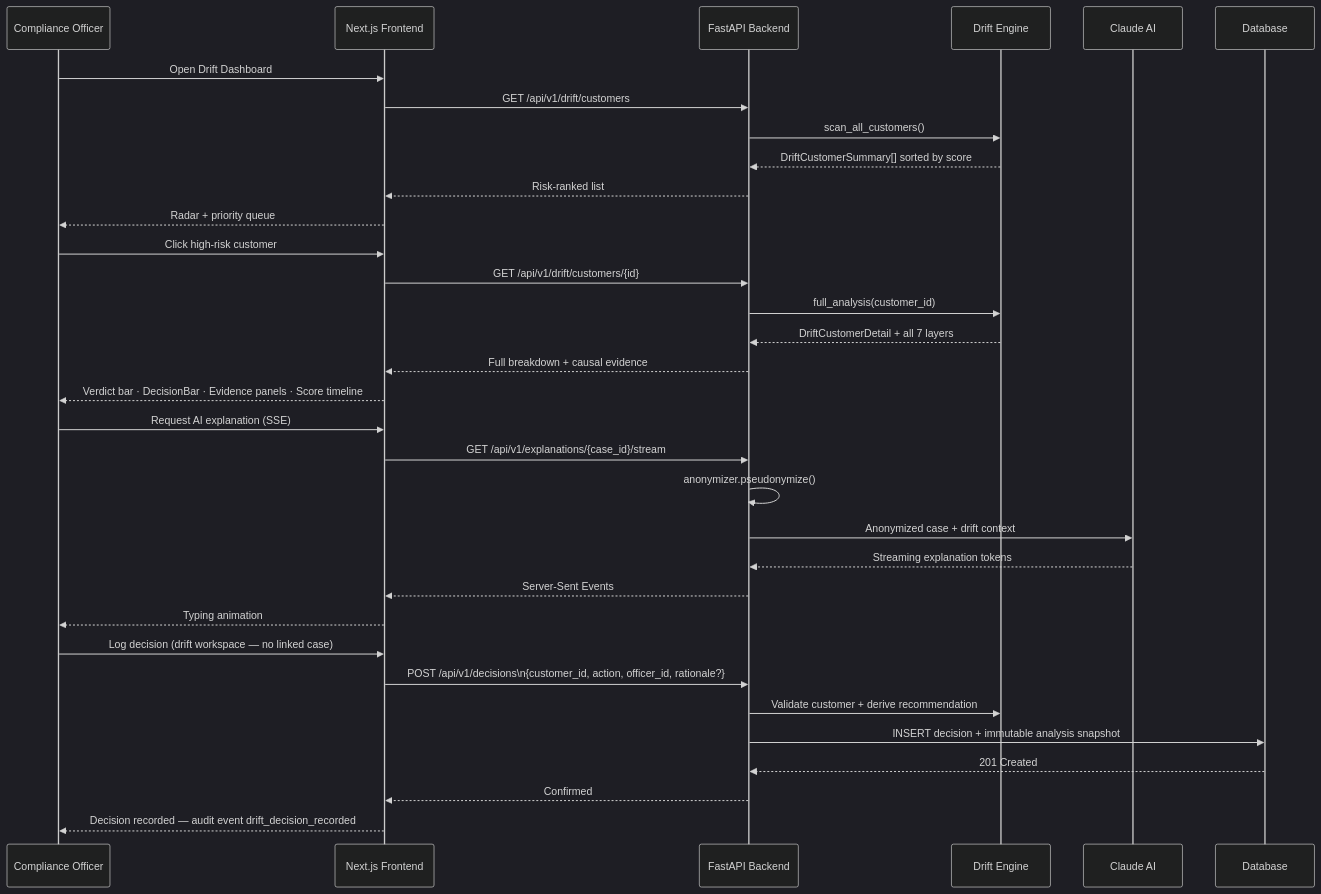
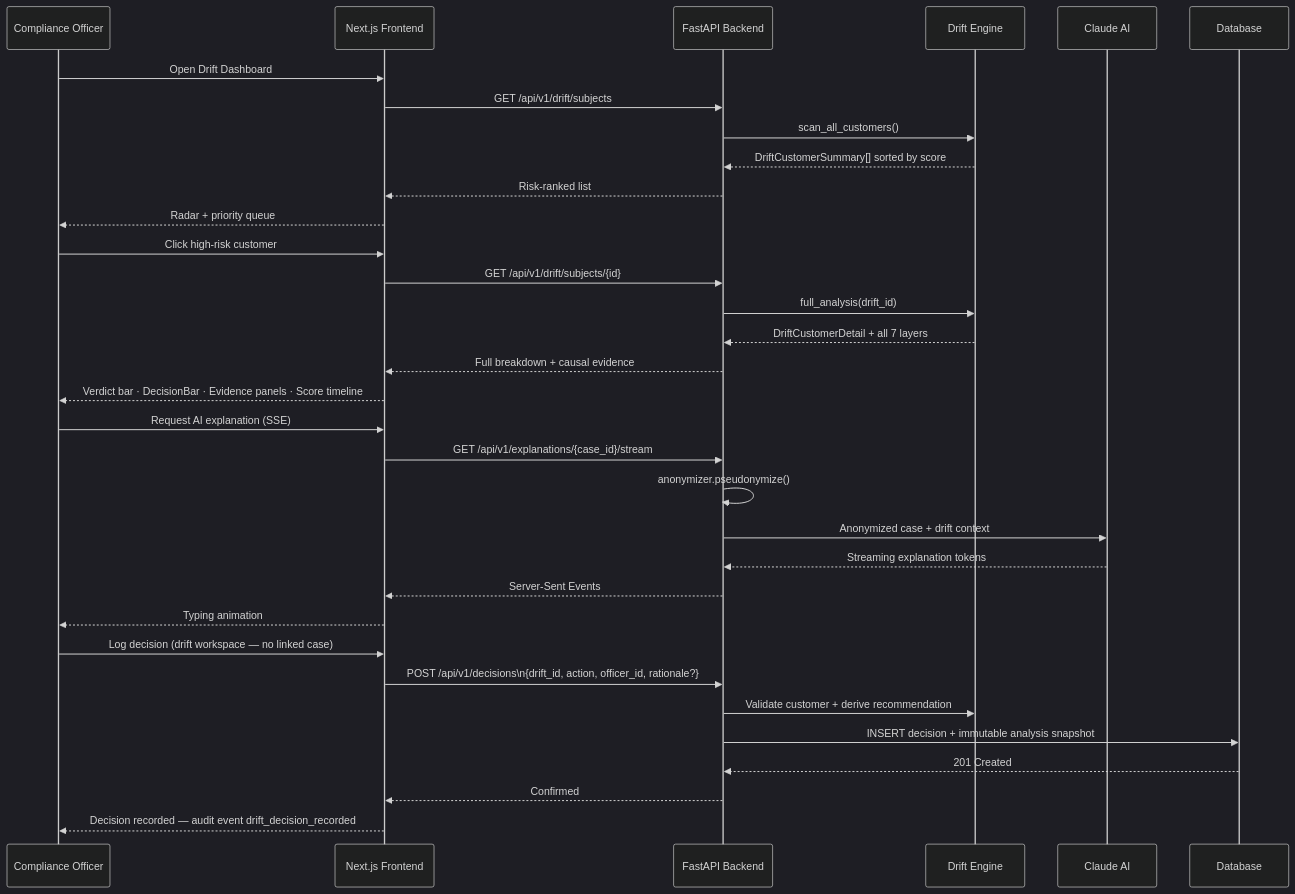
One commit to SteveDok22/Swisshacks-2026 changed the third of 6 diagrams in docs/flows.md. Above: the diagram before and after it, drawn with Mermaid (dark theme). The commit also changed 39 other files, not shown here.

First line of the commit message:
refactor(drift): rename drift identifier customer_id -> drift_id

````diff
--- a/docs/flows.md
+++ b/docs/flows.md
@@ -83,39 +83,39 @@
 ```mermaid
 sequenceDiagram
     participant O as Compliance Officer
     participant FE as Next.js Frontend
     participant API as FastAPI Backend
     participant DE as Drift Engine
     participant LLM as Claude AI
     participant DB as Database
 
     O->>FE: Open Drift Dashboard
-    FE->>API: GET /api/v1/drift/customers
+    FE->>API: GET /api/v1/drift/subjects
     API->>DE: scan_all_customers()
     DE-->>API: DriftCustomerSummary[] sorted by score
     API-->>FE: Risk-ranked list
     FE-->>O: Radar + priority queue
 
     O->>FE: Click high-risk customer
-    FE->>API: GET /api/v1/drift/customers/{id}
-    API->>DE: full_analysis(customer_id)
+    FE->>API: GET /api/v1/drift/subjects/{id}
+    API->>DE: full_analysis(drift_id)
     DE-->>API: DriftCustomerDetail + all 7 layers
     API-->>FE: Full breakdown + causal evidence
     FE-->>O: Verdict bar · DecisionBar · Evidence panels · Score timeline
 
     O->>FE: Request AI explanation (SSE)
     FE->>API: GET /api/v1/explanations/{case_id}/stream
     API->>API: anonymizer.pseudonymize()
     API->>LLM: Anonymized case + drift context
     LLM-->>API: Streaming explanation tokens
     API-->>FE: Server-Sent Events
     FE-->>O: Typing animation
 
     O->>FE: Log decision (drift workspace — no linked case)
-    FE->>API: POST /api/v1/decisions\n{customer_id, action, officer_id, rationale?}
+    FE->>API: POST /api/v1/decisions\n{drift_id, action, officer_id, rationale?}
     API->>DE: Validate customer + derive recommendation
     API->>DB: INSERT decision + immutable analysis snapshot
     DB-->>API: 201 Created
     API-->>FE: Confirmed
     FE-->>O: Decision recorded — audit event drift_decision_recorded
 ```
````
